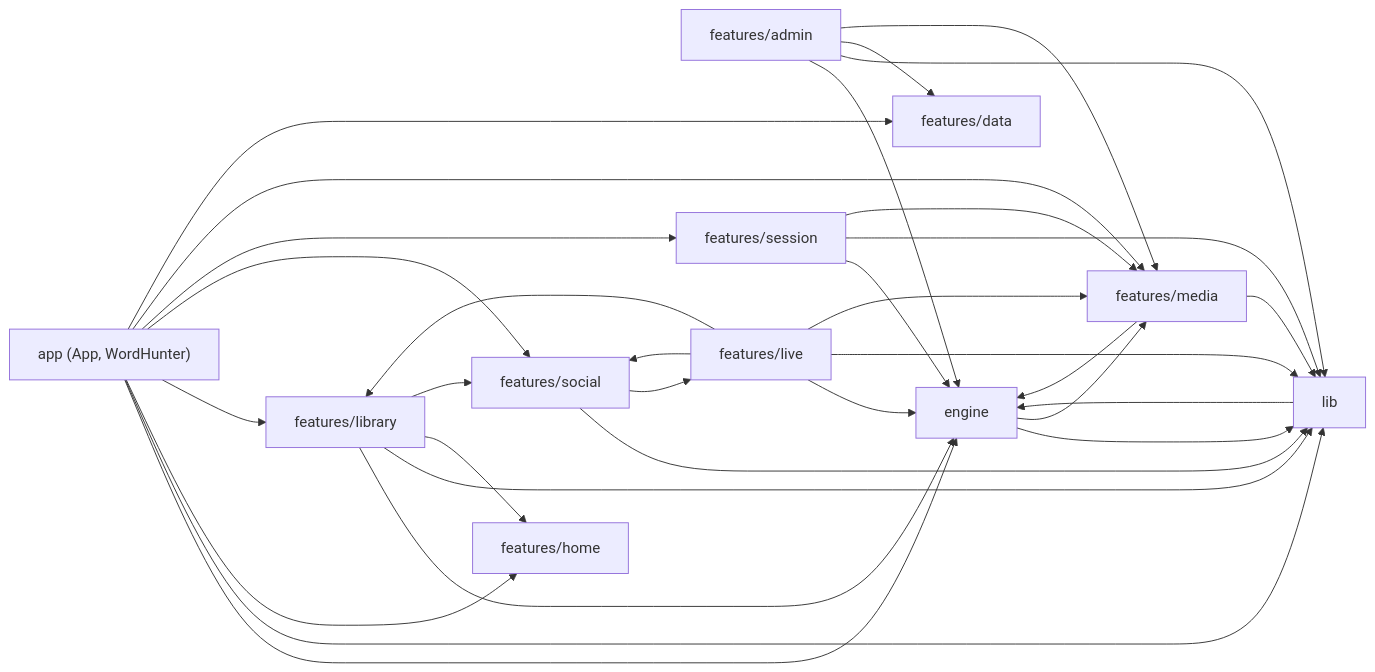
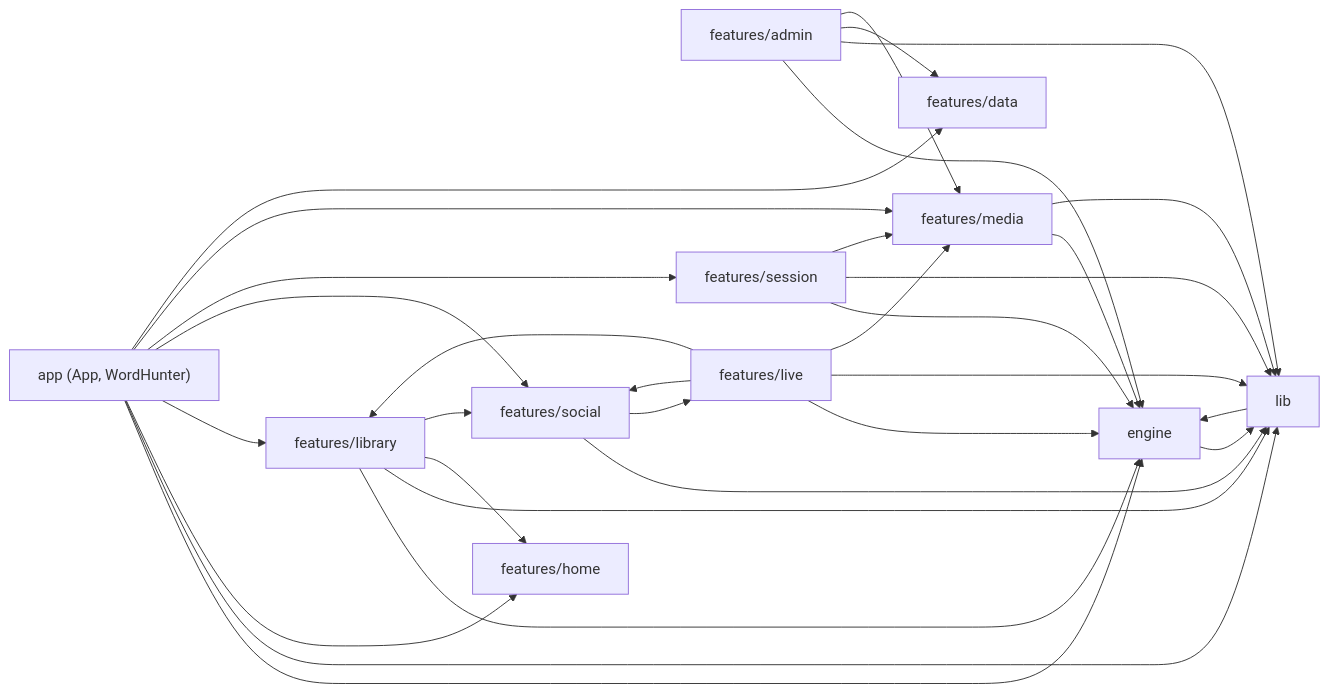
Before and after one commit to khaleddoosama/english-game: the first of 2 diagrams in docs/architecture/module-map.md, drawn with Mermaid. The commit also changed other lines of this file and 6 other files, not shown here.

````diff
--- a/docs/architecture/module-map.md
+++ b/docs/architecture/module-map.md
@@ -11,23 +11,23 @@
 ```mermaid
 flowchart LR
   app["app (App, WordHunter)"]
   engine["engine"]
   lib["lib"]
   admin["features/admin"]
   library["features/library"]
   live["features/live"]
   social["features/social"]
   session["features/session"]
   home["features/home"]
   media["features/media"]
   data["features/data"]
   app --> engine & lib & home & library & social & session & media & data
   admin --> engine & lib & data & media
   library --> engine & lib & home & social
   live --> engine & lib & library & social & media
   social --> lib & live
   session --> engine & lib & media
-  engine --> lib & media
+  engine --> lib
   lib --> engine
   media --> engine & lib
 ```
````
